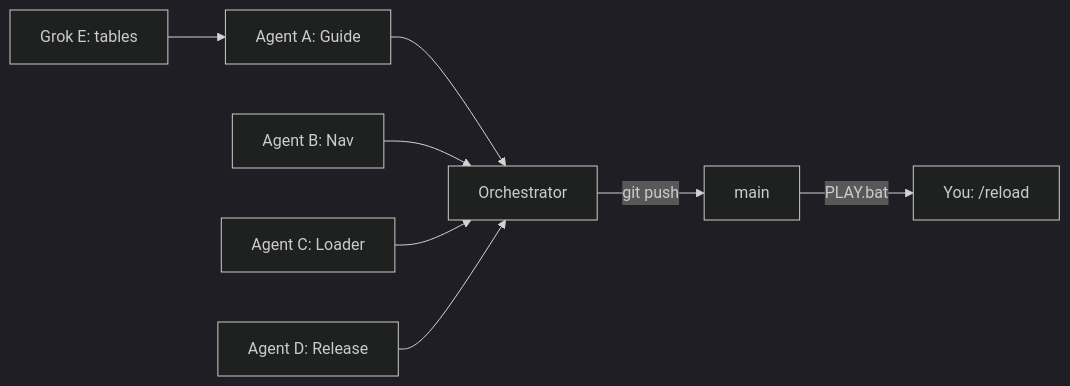
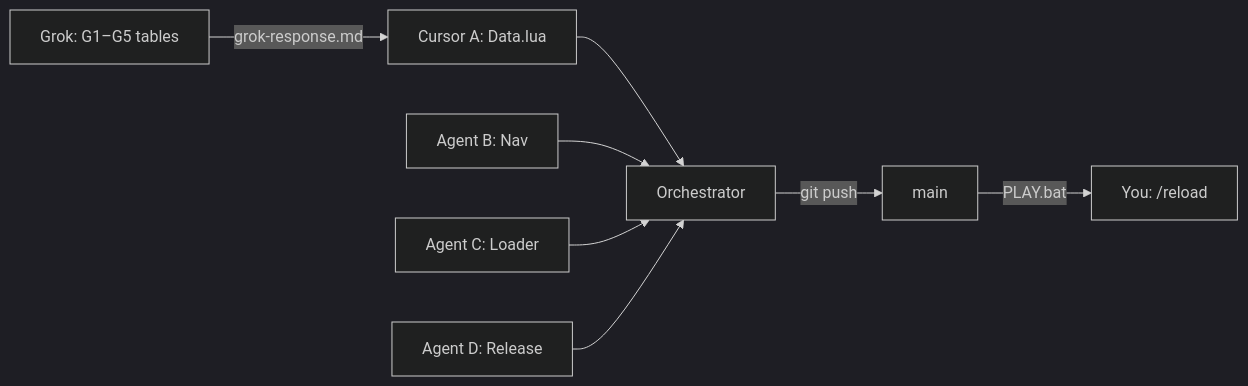
The diagram in Docs/TASK_DIVISION.md (zakksu/Warmane-WoW), drawn with Mermaid (dark theme) before and after one commit. The commit also changed other lines of this file and 9 other files, not shown here.

````diff
--- a/Docs/TASK_DIVISION.md
+++ b/Docs/TASK_DIVISION.md
@@ -210,10 +233,10 @@
 ```mermaid
 flowchart LR
-  A[Agent A: Guide] --> O[Orchestrator]
+  E[Grok: G1–G5 tables] -->|grok-response.md| A[Cursor A: Data.lua]
+  A --> O[Orchestrator]
   B[Agent B: Nav] --> O
   C[Agent C: Loader] --> O
   D[Agent D: Release] --> O
-  E[Grok E: tables] --> A
   O -->|git push| R[main]
   R -->|PLAY.bat| You[You: /reload]
 ```
````
